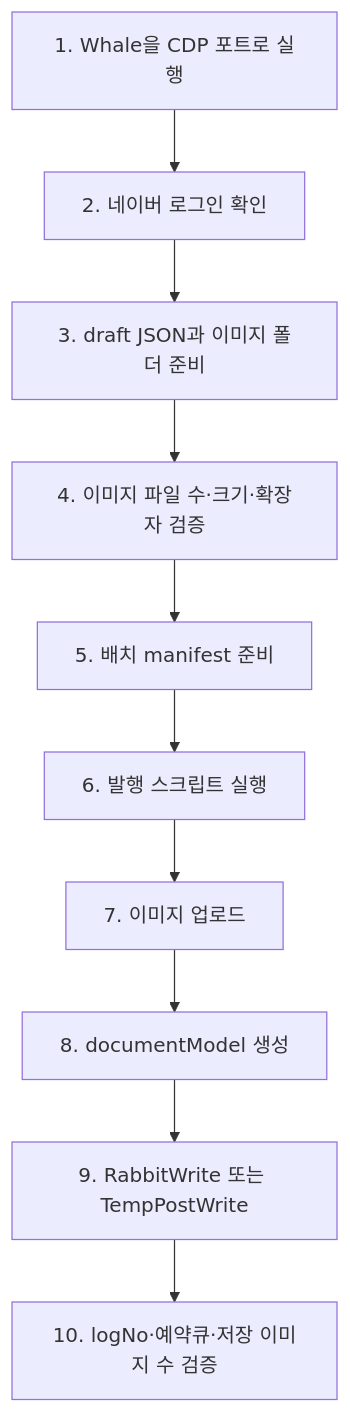
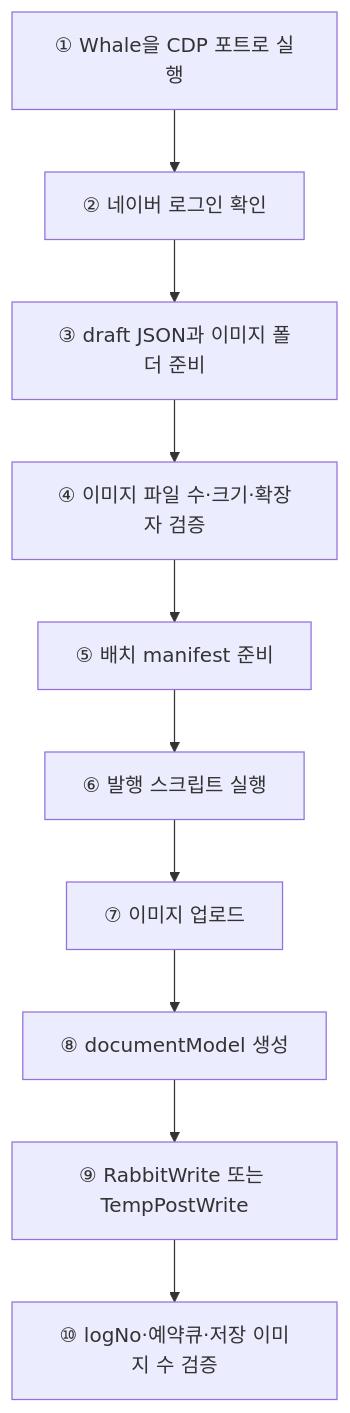
Before and after one commit to DBhyeong/DBhyeong.github.io: the tenth of 10 diagrams in content/blog/naver-blog-smarteditor-rabbitwrite-image-upload-automation.md, drawn with Mermaid. The commit also changed 1 other file, not shown here.

Commit message:
fix(mermaid): 라벨이 "숫자. "로 시작해 순서목록으로 오인되던 다이어그램 수정
라이브 전수 점검에서 발견. 알려진 실패 유형인데 옛 글 2편에 남아 있었다.

  naver-blog-smarteditor-rabbitwrite-image-upload-automation
    → 다이어그램 10개 전부 "Unsupported markdown: list"로 깨진 상태였음
  slack-work-operating-space-guide

수정: 스텝 번호를 원문자(①②③…)로 치환. 로컬 빌드는 통과하고
서버 HTML에도 svg가 생기므로 grep으로는 못 잡고, 라이브 렌더에서만 드러난다.

함께 확인한 것:
- 밑줄(`login_log`, `user_id`)은 트리거가 아님 — 74건 정상 렌더 확인, 수정 불필요
- 백틱·링크·불릿 시작 라벨은 전 글에 0건

````diff
--- a/content/blog/naver-blog-smarteditor-rabbitwrite-image-upload-automation.md
+++ b/content/blog/naver-blog-smarteditor-rabbitwrite-image-upload-automation.md
@@ -403,12 +403,12 @@
 ```mermaid
 flowchart TD
-    A["1. Whale을 CDP 포트로 실행"] --> B["2. 네이버 로그인 확인"]
-    B --> C["3. draft JSON과 이미지 폴더 준비"]
-    C --> D["4. 이미지 파일 수·크기·확장자 검증"]
-    D --> E["5. 배치 manifest 준비"]
-    E --> F["6. 발행 스크립트 실행"]
-    F --> G["7. 이미지 업로드"]
-    G --> H["8. documentModel 생성"]
-    H --> I["9. RabbitWrite 또는 TempPostWrite"]
-    I --> J["10. logNo·예약큐·저장 이미지 수 검증"]
+    A["① Whale을 CDP 포트로 실행"] --> B["② 네이버 로그인 확인"]
+    B --> C["③ draft JSON과 이미지 폴더 준비"]
+    C --> D["④ 이미지 파일 수·크기·확장자 검증"]
+    D --> E["⑤ 배치 manifest 준비"]
+    E --> F["⑥ 발행 스크립트 실행"]
+    F --> G["⑦ 이미지 업로드"]
+    G --> H["⑧ documentModel 생성"]
+    H --> I["⑨ RabbitWrite 또는 TempPostWrite"]
+    I --> J["⑩ logNo·예약큐·저장 이미지 수 검증"]
 ```
````
